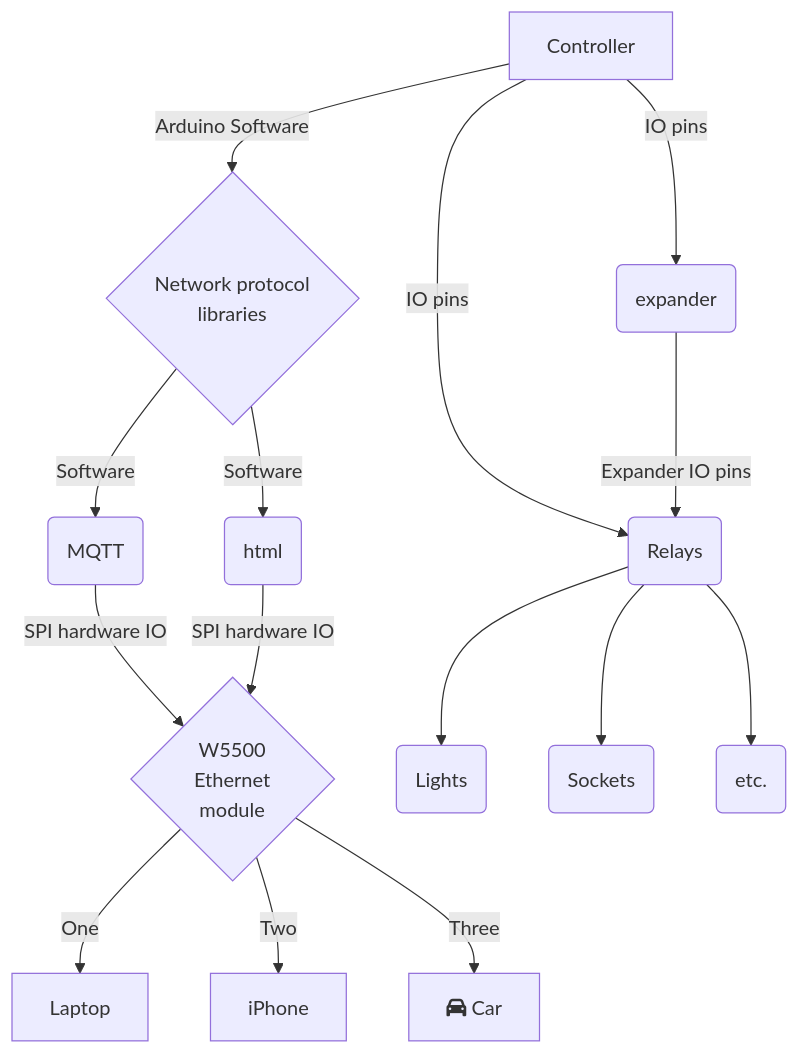
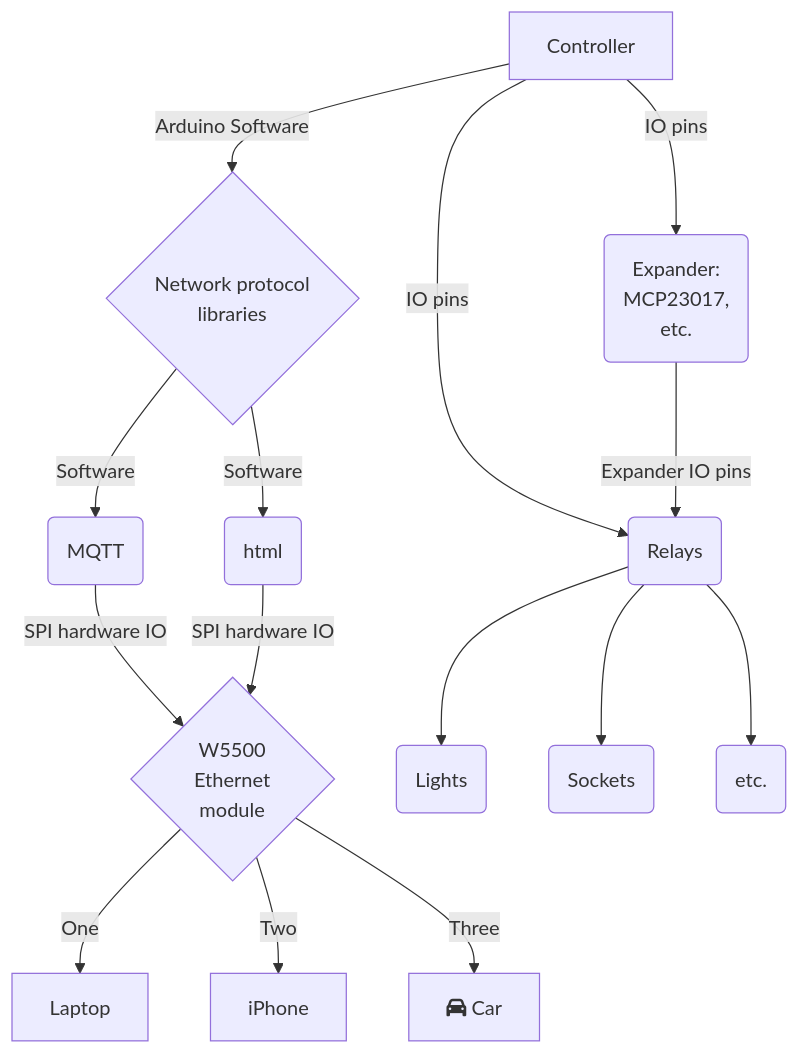
The diagram in README.md (home-controller/home_auto-ethernet-w5500), drawn with Mermaid before and after one commit.

````diff
--- a/README.md
+++ b/README.md
@@ -13,17 +13,17 @@
 ```mermaid
 flowchart TD;
     K[Controller] --> |Software|B(html)
     K -->  |Software|G(MQTT)
     G --> |SPI hardware IO|C
     B --> |SPI hardware IO|C{W5500<br>Ethernet<br>module}
     C -->|One| D[Laptop]
     C -->|Two| E[iPhone]
     C -->|Three| F[fa:fa-car Car]
     A --> |IO pins| H(Relays)
-    A --> |IO pins| I(expander)
+    A --> |IO pins| I(Expander:<br>MCP23017,<br>etc.)
     I --> |Expander IO pins|H
     A[Controller] --> |Arduino Software| K{Network protocol<br> libraries}
     H --> L(Lights)
     H --> M(Sockets)
     H --> N(etc.)
 ```
````
